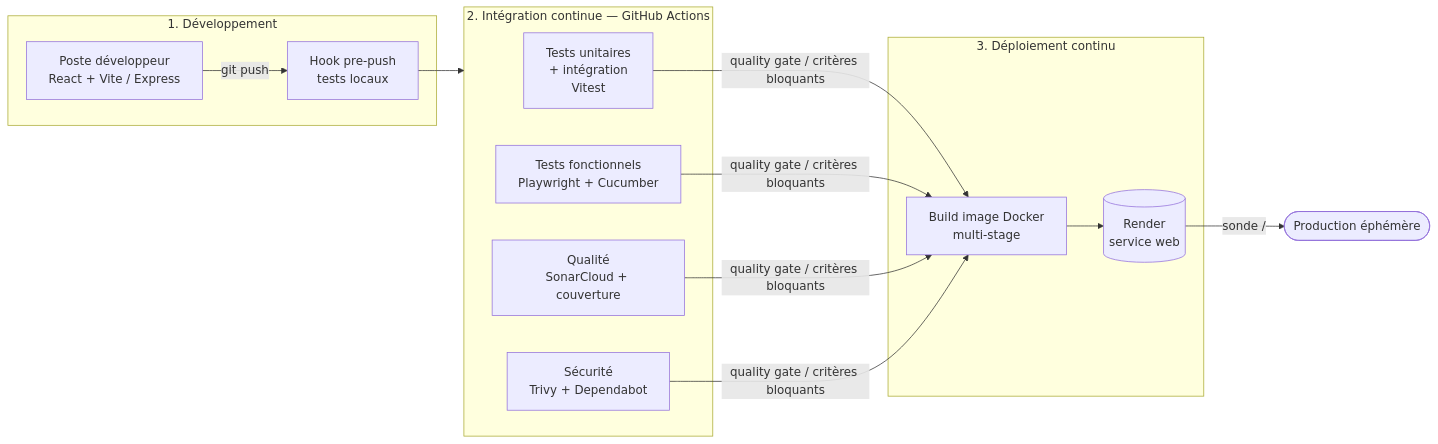
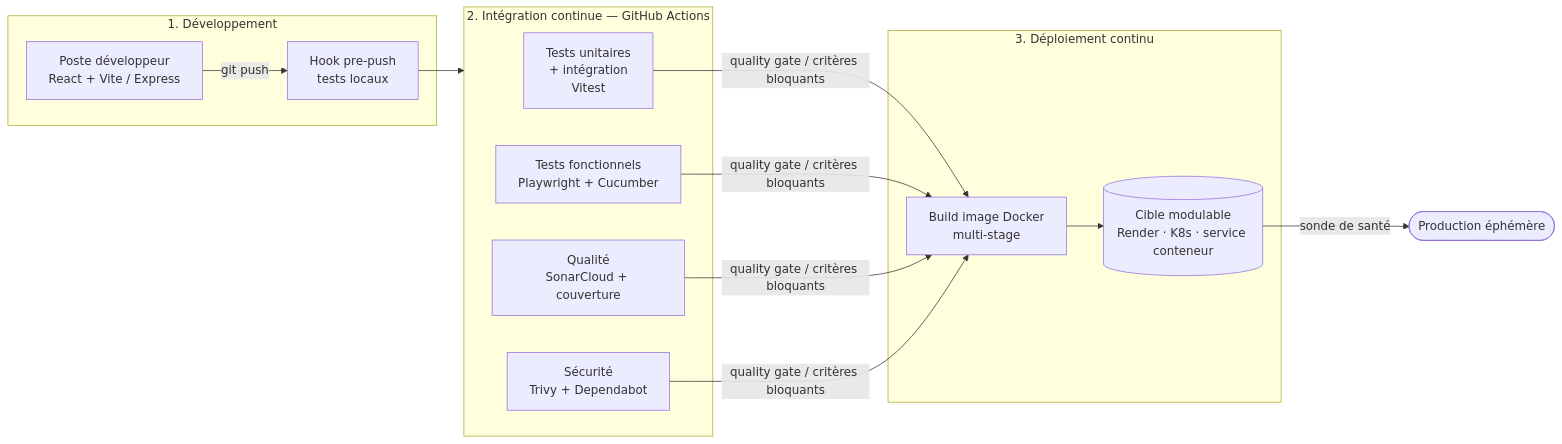
Before and after one commit to OkHandTone/Seminaire_automatisation_securite: the diagram in README.md, drawn with Mermaid. The commit also changed other lines of this file, not shown here.

First line of the commit message:
docs: présente la cible de déploiement comme modulable (Render, K8s, GitOps)

````diff
--- a/README.md
+++ b/README.md
@@ -30,24 +30,24 @@
 ```mermaid
 flowchart LR
     subgraph Dev["1. Développement"]
         A[Poste développeur<br/>React + Vite / Express]
         A -->|git push| H[Hook pre-push<br/>tests locaux]
     end
 
     subgraph CI["2. Intégration continue — GitHub Actions"]
         T1[Tests unitaires<br/>+ intégration<br/>Vitest]
         T2[Tests fonctionnels<br/>Playwright + Cucumber]
         Q[Qualité<br/>SonarCloud + couverture]
         S[Sécurité<br/>Trivy + Dependabot]
     end
 
     subgraph CD["3. Déploiement continu"]
         B[Build image Docker<br/>multi-stage]
-        R[(Render<br/>service web)]
+        R[(Cible modulable<br/>Render · K8s · service conteneur)]
     end
 
     H --> CI
     T1 & T2 & Q & S -->|quality gate / critères bloquants| B
     B --> R
-    R -->|sonde /| Prod([Production éphémère])
+    R -->|sonde de santé| Prod([Production éphémère])
 ```
````
